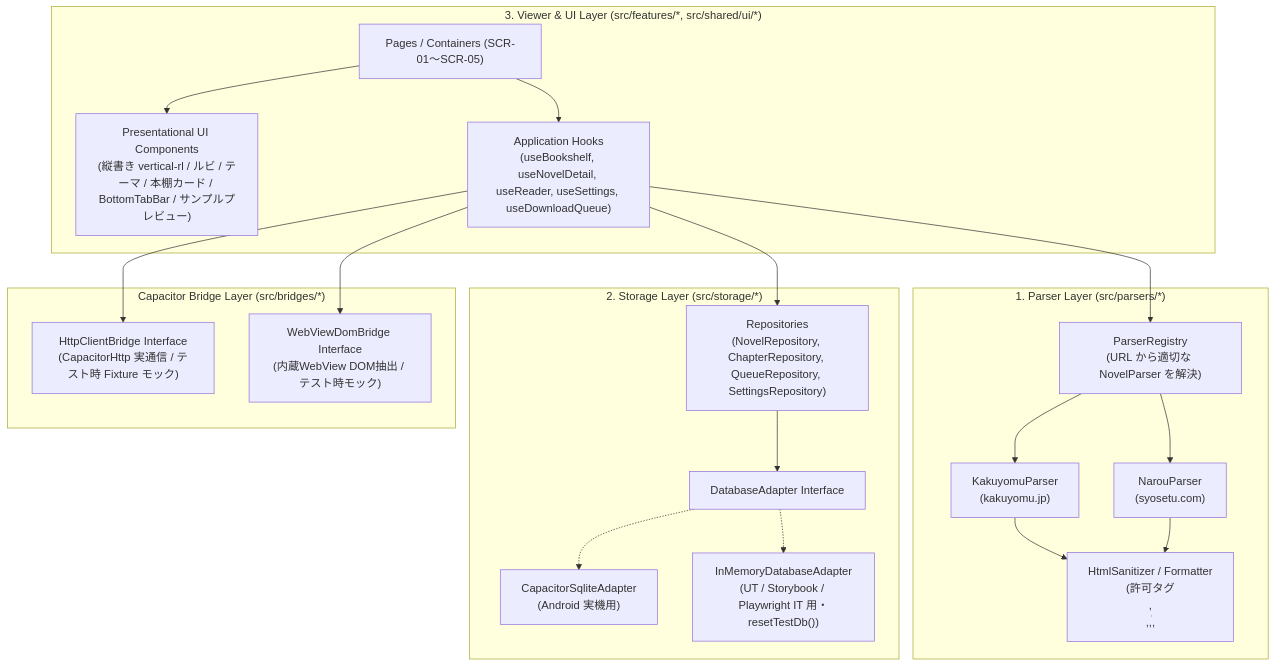
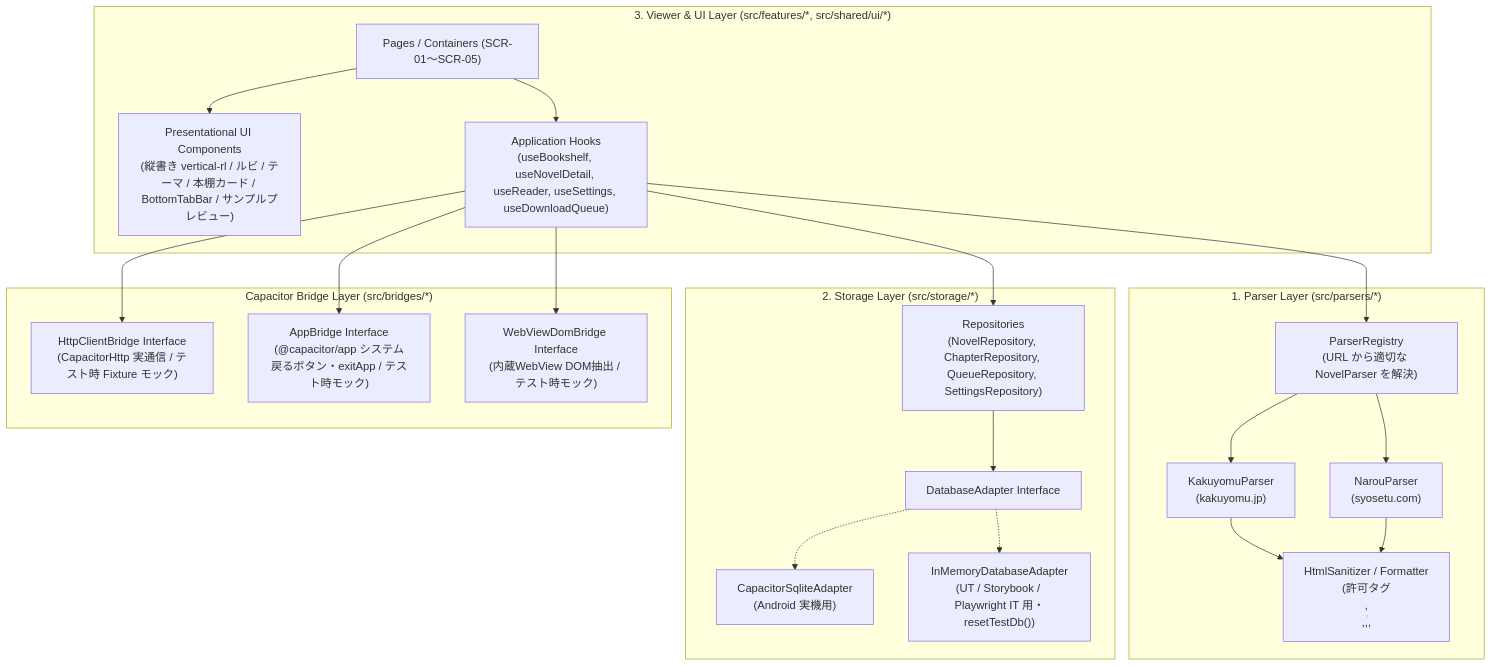
One commit to high-soar/Yommy changed the diagram in docs/specs/architecture.md. Above: the diagram before and after it, drawn with Mermaid. The commit also changed other lines of this file and 5 other files, not shown here.

````diff
--- a/docs/specs/architecture.md
+++ b/docs/specs/architecture.md
@@ -48,41 +49,43 @@
 ```mermaid
 flowchart TB
     subgraph UILayer ["3. Viewer & UI Layer (src/features/*, src/shared/ui/*)"]
         Pages["Pages / Containers (SCR-01〜SCR-05)"]
         Components["Presentational UI Components<br>(縦書き vertical-rl / ルビ / テーマ / 本棚カード / BottomTabBar / サンプルプレビュー)"]
         Hooks["Application Hooks<br>(useBookshelf, useNovelDetail, useReader, useSettings, useDownloadQueue)"]
         Pages --> Components
         Pages --> Hooks
     end
 
     subgraph ParserLayer ["1. Parser Layer (src/parsers/*)"]
         Registry["ParserRegistry<br>(URL から適切な NovelParser を解決)"]
         Kakuyomu["KakuyomuParser<br>(kakuyomu.jp)"]
         Narou["NarouParser<br>(syosetu.com)"]
         Sanitizer["HtmlSanitizer / Formatter<br>(許可タグ <p>,<br>,<ruby>,<rb>,<rt>,<rp>,<em> のみ保持)"]
         Registry --> Kakuyomu
         Registry --> Narou
         Kakuyomu --> Sanitizer
         Narou --> Sanitizer
     end
 
     subgraph StorageLayer ["2. Storage Layer (src/storage/*)"]
         Repos["Repositories<br>(NovelRepository, ChapterRepository, QueueRepository, SettingsRepository)"]
         DbAdapter["DatabaseAdapter Interface"]
         SqliteImpl["CapacitorSqliteAdapter<br>(Android 実機用)"]
         MemImpl["InMemoryDatabaseAdapter<br>(UT / Storybook / Playwright IT 用・resetTestDb())"]
         Repos --> DbAdapter
         DbAdapter -.-> SqliteImpl
         DbAdapter -.-> MemImpl
     end
 
     subgraph BridgeLayer ["Capacitor Bridge Layer (src/bridges/*)"]
         HttpBridge["HttpClientBridge Interface<br>(CapacitorHttp 実通信 / テスト時 Fixture モック)"]
+        AppBridge["AppBridge Interface<br>(@capacitor/app システム戻るボタン・exitApp / テスト時モック)"]
         WebViewBridge["WebViewDomBridge Interface<br>(内蔵WebView DOM抽出 / テスト時モック)"]
     end
 
     Hooks --> Registry
     Hooks --> Repos
     Hooks --> HttpBridge
+    Hooks --> AppBridge
     Hooks --> WebViewBridge
 ```
````
